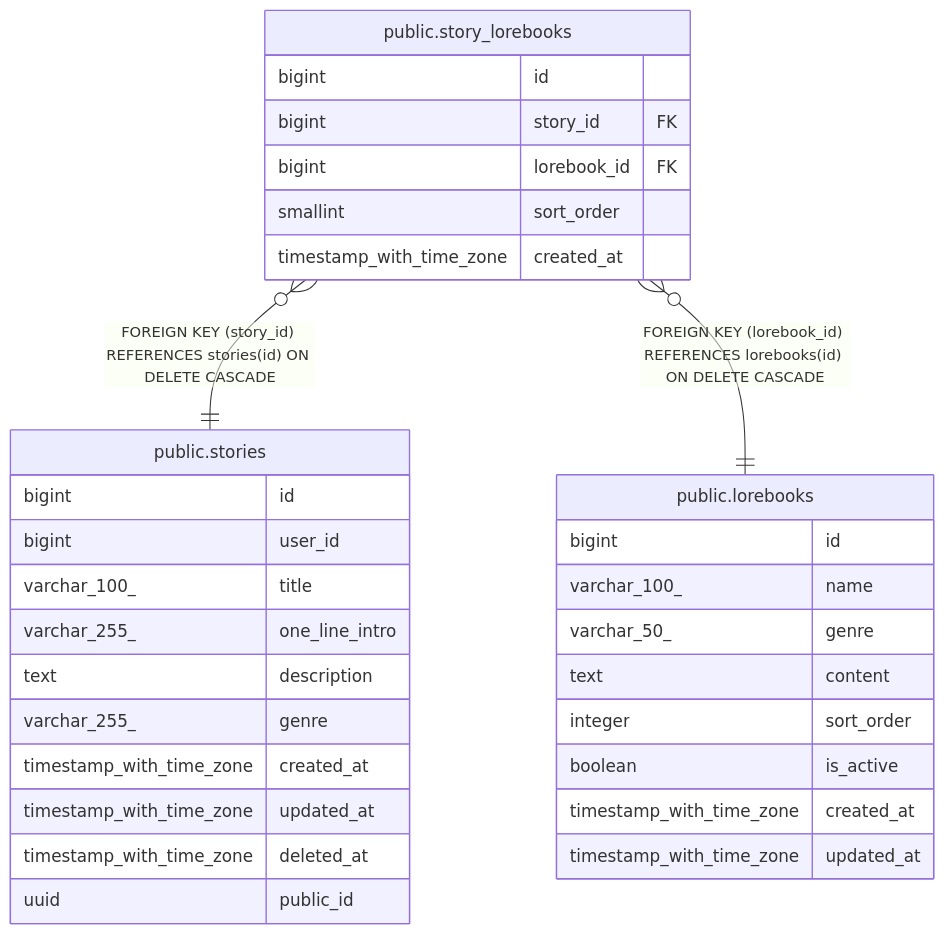
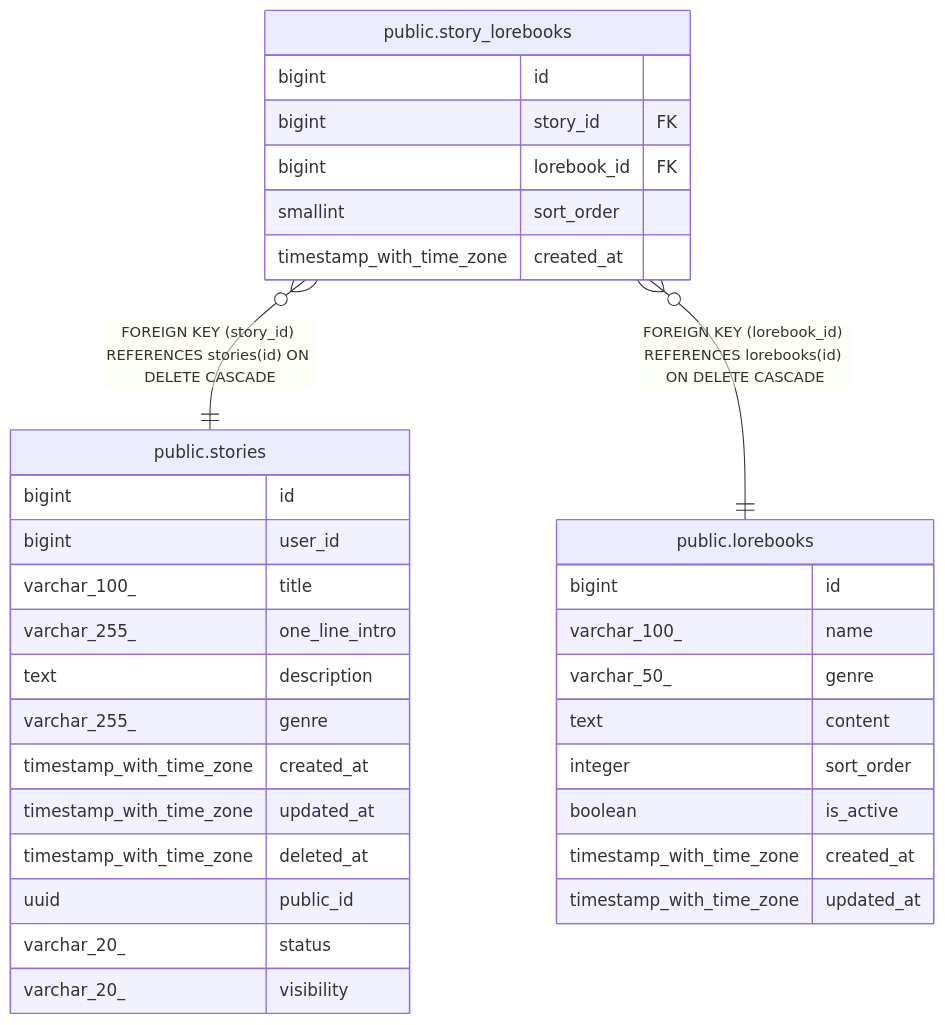
The diagram in dbdoc/public.story_lorebooks.md (KIM-N-KANG/manyak-server), drawn with Mermaid before and after one commit. The commit also changed 26 other files, not shown here.

````diff
--- a/dbdoc/public.story_lorebooks.md
+++ b/dbdoc/public.story_lorebooks.md
@@ -32,36 +32,38 @@
 ```mermaid
 erDiagram
 
 "public.story_lorebooks" }o--|| "public.stories" : "FOREIGN KEY (story_id) REFERENCES stories(id) ON DELETE CASCADE"
 "public.story_lorebooks" }o--|| "public.lorebooks" : "FOREIGN KEY (lorebook_id) REFERENCES lorebooks(id) ON DELETE CASCADE"
 
 "public.story_lorebooks" {
   bigint id
   bigint story_id FK
   bigint lorebook_id FK
   smallint sort_order
   timestamp_with_time_zone created_at
 }
 "public.stories" {
   bigint id
   bigint user_id
   varchar_100_ title
   varchar_255_ one_line_intro
   text description
   varchar_255_ genre
   timestamp_with_time_zone created_at
   timestamp_with_time_zone updated_at
   timestamp_with_time_zone deleted_at
   uuid public_id
+  varchar_20_ status
+  varchar_20_ visibility
 }
 "public.lorebooks" {
   bigint id
   varchar_100_ name
   varchar_50_ genre
   text content
   integer sort_order
   boolean is_active
   timestamp_with_time_zone created_at
   timestamp_with_time_zone updated_at
 }
 ```
````
